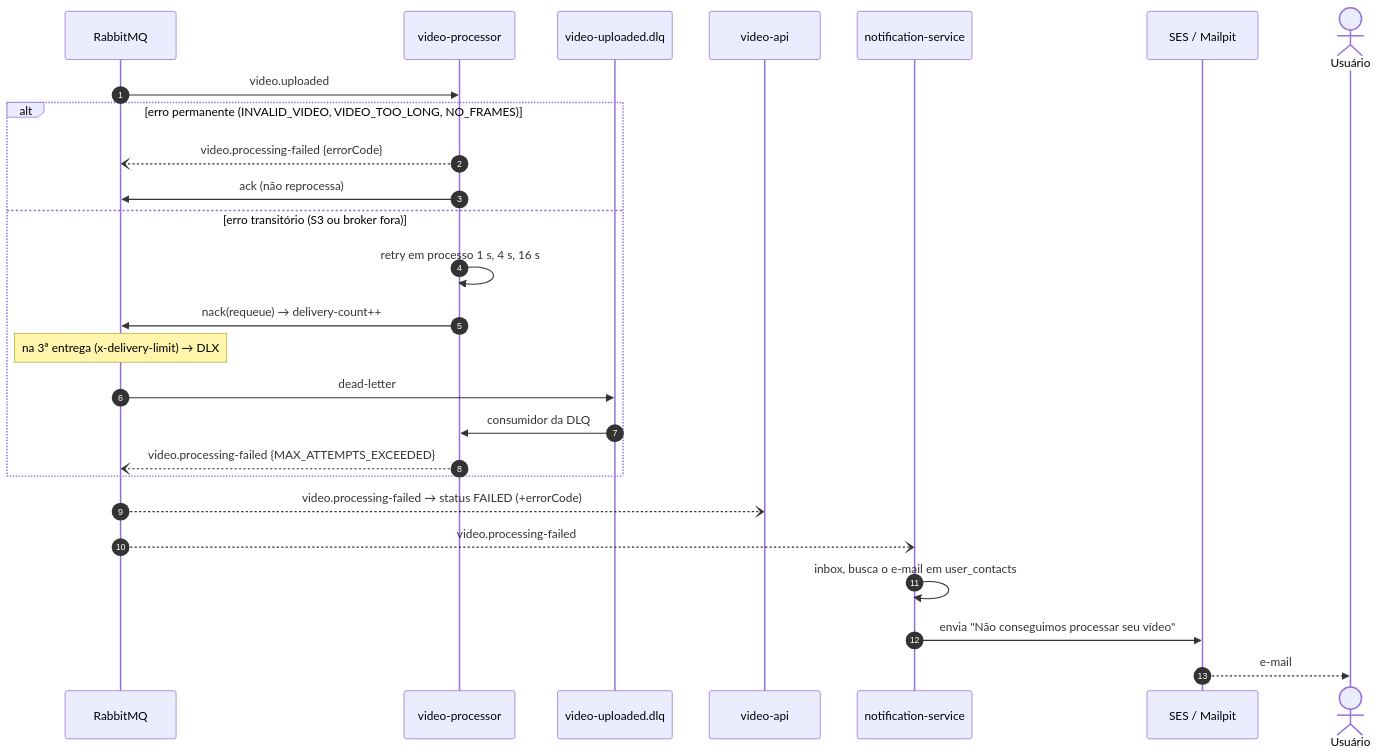
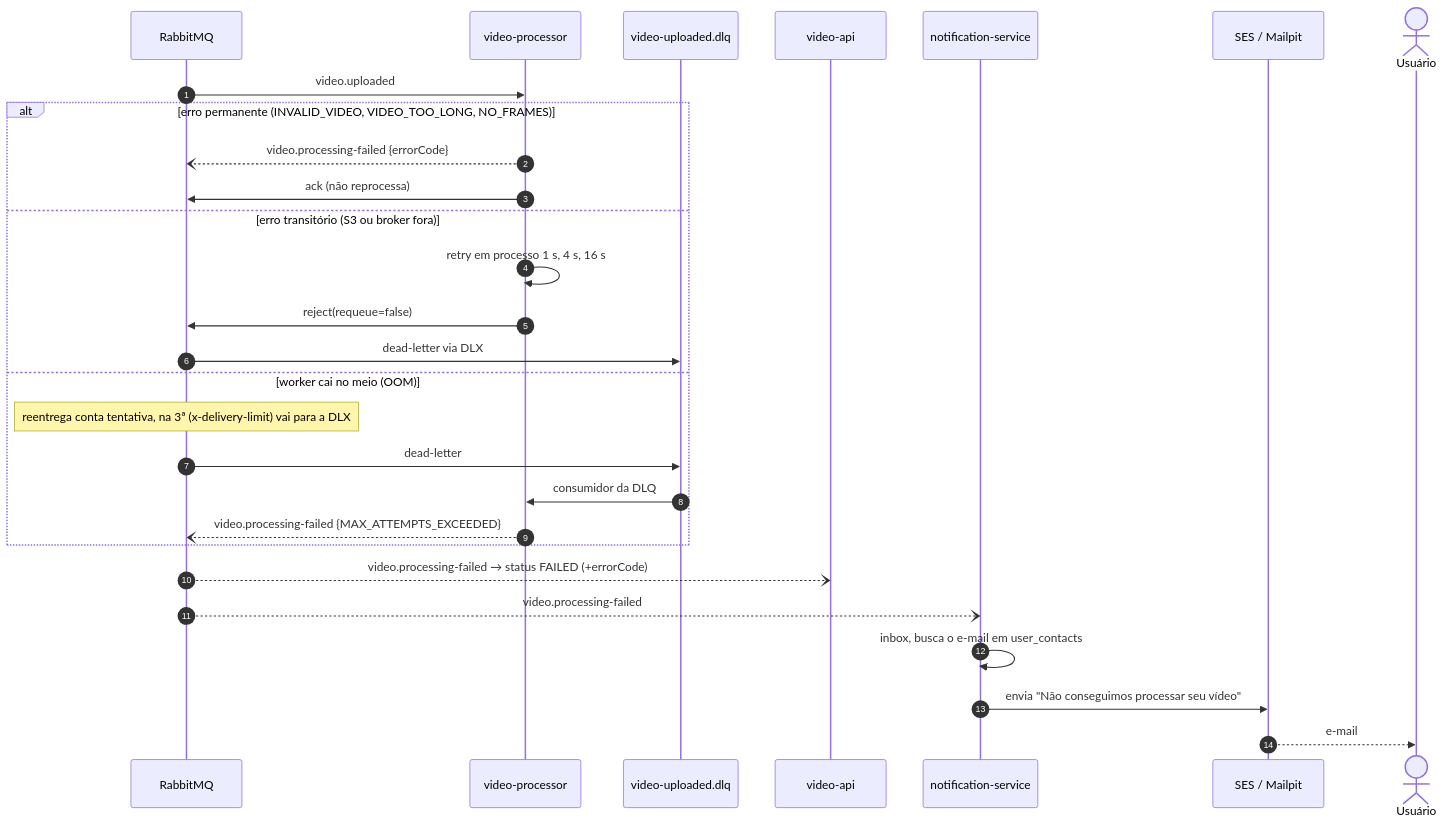
The fifth of 8 diagrams in docs/architecture/03-fluxos.md (FiapXHacka/fiapx), drawn with Mermaid before and after one commit. The commit also changed 5 other files, not shown here.

First line of the commit message:
docs(adr): revise failure handling, schema ownership and oidc discovery

````diff
--- a/docs/architecture/03-fluxos.md
+++ b/docs/architecture/03-fluxos.md
@@ -106,29 +106,31 @@
 ```mermaid
 sequenceDiagram
     autonumber
     participant MQ as RabbitMQ
     participant W as video-processor
     participant DLQ as video-uploaded.dlq
     participant API as video-api
     participant NS as notification-service
     participant SMTP as SES / Mailpit
     actor U as Usuário
 
     MQ->>W: video.uploaded
     alt erro permanente (INVALID_VIDEO, VIDEO_TOO_LONG, NO_FRAMES)
         W--)MQ: video.processing-failed {errorCode}
         W->>MQ: ack (não reprocessa)
     else erro transitório (S3 ou broker fora)
         W->>W: retry em processo 1 s, 4 s, 16 s
-        W->>MQ: nack(requeue) → delivery-count++
-        Note over MQ: na 3ª entrega (x-delivery-limit) → DLX
+        W->>MQ: reject(requeue=false)
+        MQ->>DLQ: dead-letter via DLX
+    else worker cai no meio (OOM)
+        Note over MQ: reentrega conta tentativa, na 3ª (x-delivery-limit) vai para a DLX
         MQ->>DLQ: dead-letter
         DLQ->>W: consumidor da DLQ
         W--)MQ: video.processing-failed {MAX_ATTEMPTS_EXCEEDED}
     end
     MQ--)API: video.processing-failed → status FAILED (+errorCode)
     MQ--)NS: video.processing-failed
     NS->>NS: inbox, busca o e-mail em user_contacts
     NS->>SMTP: envia "Não conseguimos processar seu vídeo"
     SMTP-->>U: e-mail
 ```
````
